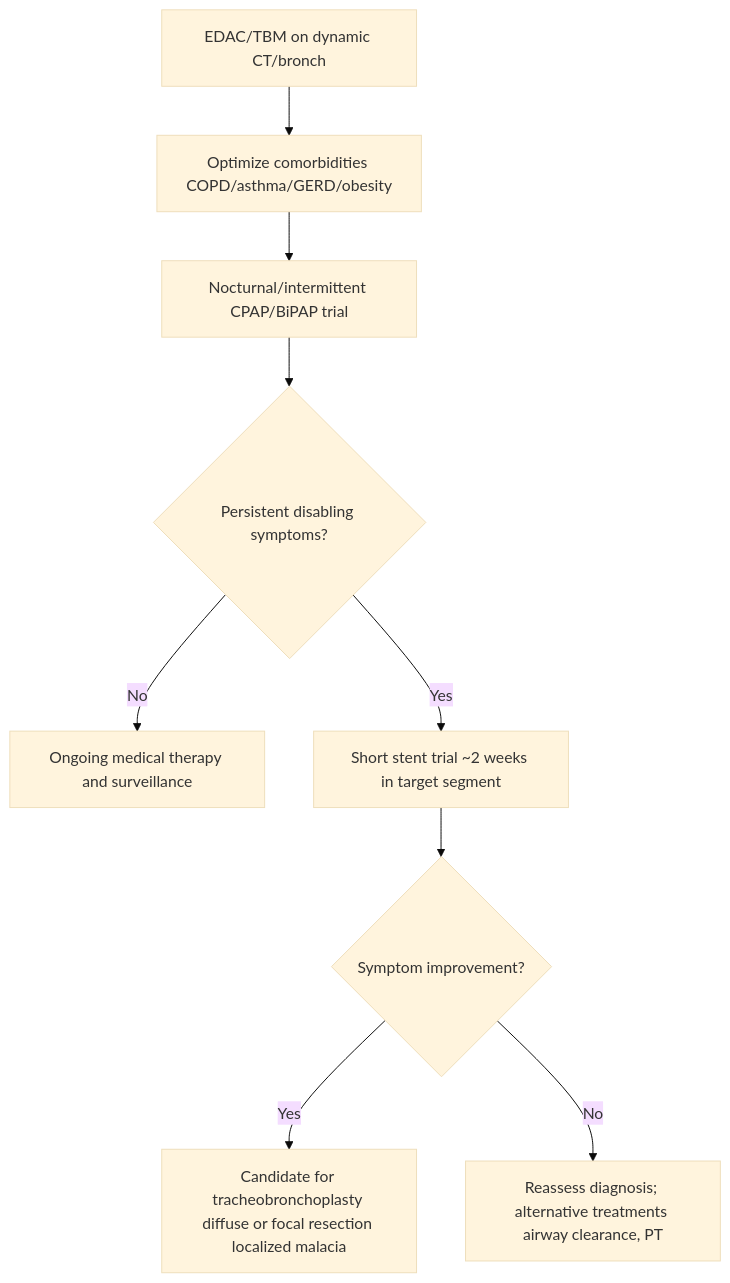
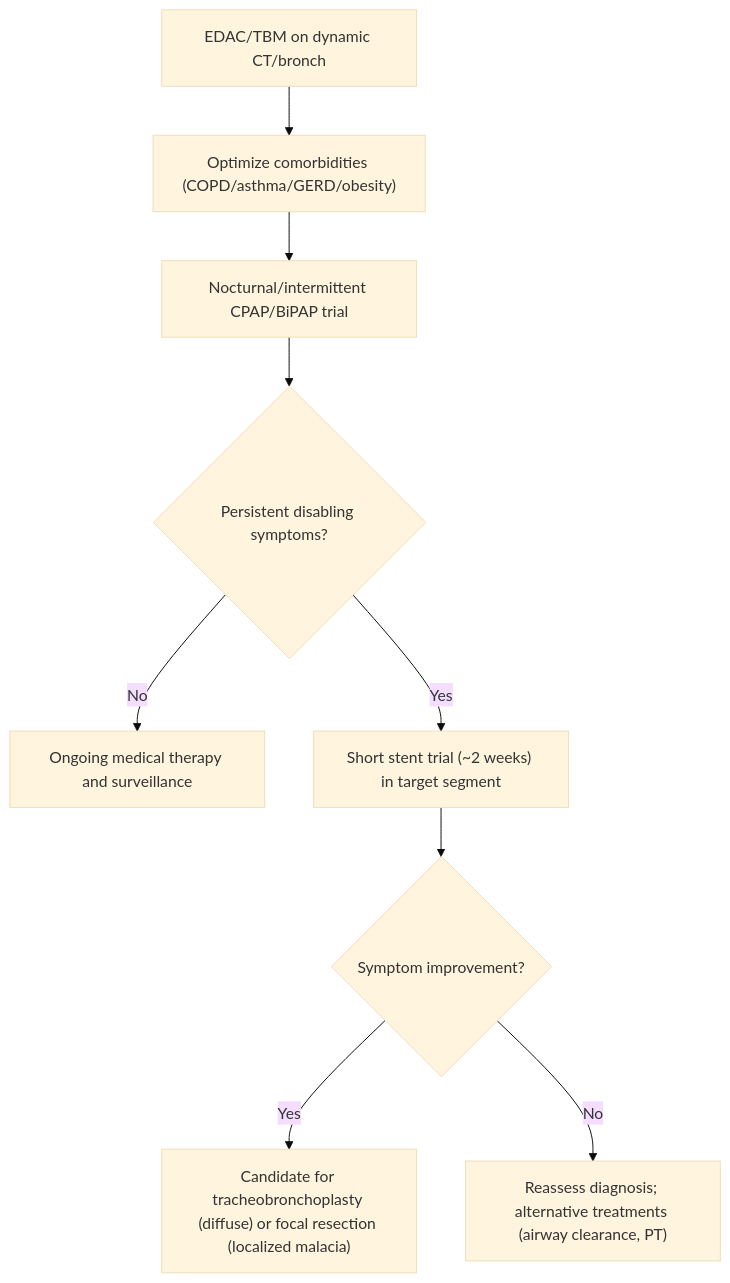
Before and after one commit to russellmiller49/Interventional-Pulm-Education-Project: the third of 3 diagrams in content/modules/board/non-malignant-cao.mdx, drawn with Mermaid (base theme). The commit also changed other lines of this file and 45 other files, not shown here.

````diff
--- a/content/modules/board/non-malignant-cao.mdx
+++ b/content/modules/board/non-malignant-cao.mdx
@@ -238,11 +169,11 @@
 ```mermaid
 flowchart TD
-A[EDAC/TBM on dynamic CT/bronch] --> B[Optimize comorbidities COPD/asthma/GERD/obesity]
-B --> C[Nocturnal/intermittent CPAP/BiPAP trial]
-C --> D{Persistent disabling symptoms?}
-D -->|No| E[Ongoing medical therapy and surveillance]
-D -->|Yes| F[Short stent trial ~2 weeks in target segment]
-F --> G{Symptom improvement?}
-G -->|Yes| H[Candidate for tracheobronchoplasty diffuse or focal resection localized malacia]
-G -->|No| I[Reassess diagnosis; alternative treatments airway clearance, PT]
+        A["EDAC/TBM on dynamic CT/bronch"] --> B["Optimize comorbidities (COPD/asthma/GERD/obesity)"]
+        B --> C["Nocturnal/intermittent CPAP/BiPAP trial"]
+        C --> D{"Persistent disabling symptoms?"}
+        D -- No --> E["Ongoing medical therapy and surveillance"]
+        D -- Yes --> F["Short stent trial (~2 weeks) in target segment"]
+        F --> G{"Symptom improvement?"}
+        G -- Yes --> H["Candidate for tracheobronchoplasty (diffuse) or focal resection (localized malacia)"]
+        G -- No --> I["Reassess diagnosis; alternative treatments (airway clearance, PT)"]
 ```
````
